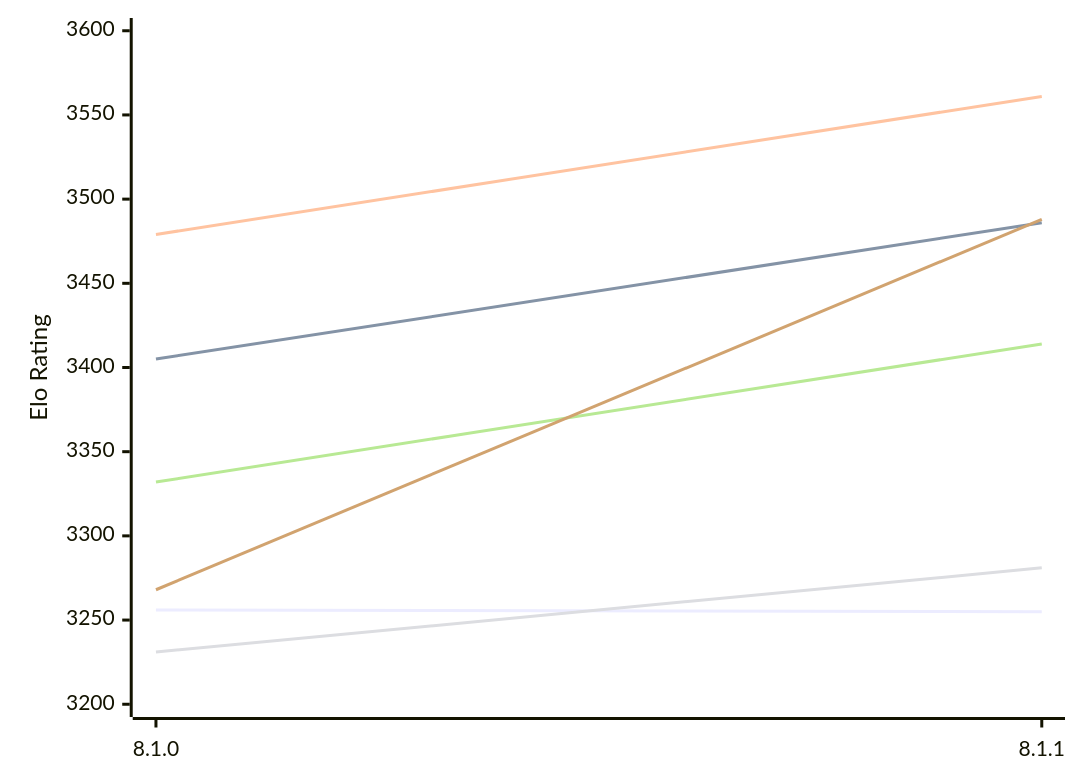
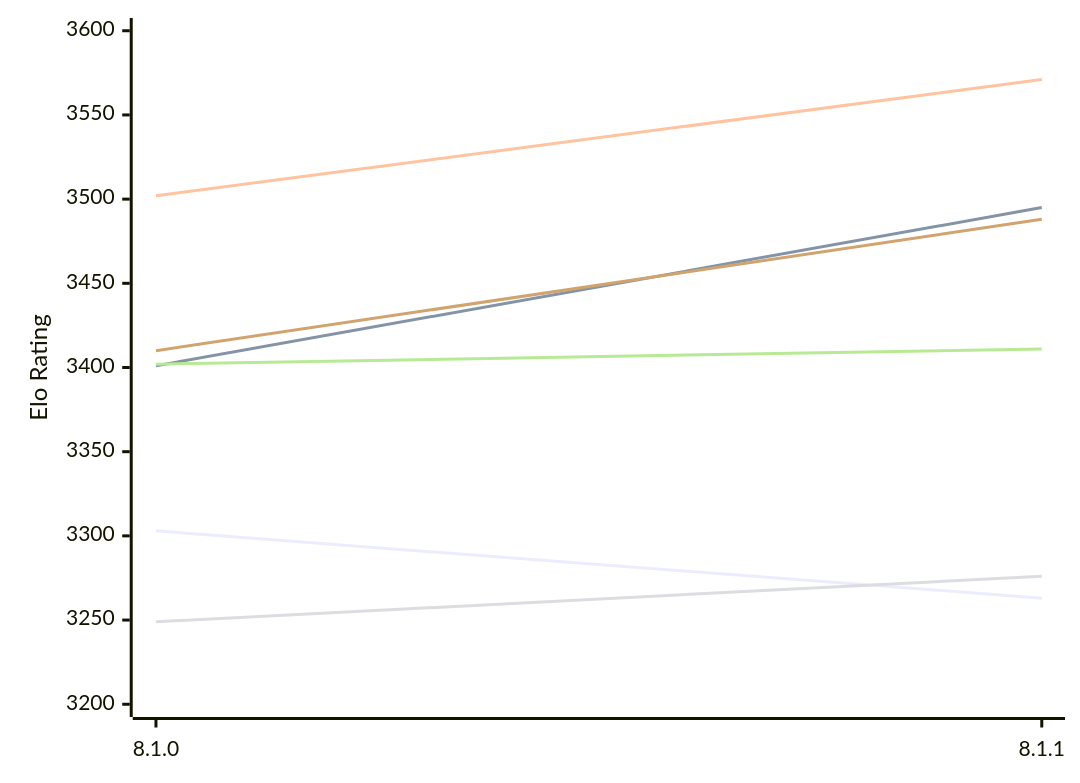
Before and after one commit to computer-chess-index/cci: the first of 2 diagrams in engines/Velvet.md, drawn with Mermaid. The commit also changed other lines of this file, not shown here.

Commit message:
Update CCI Ratings (ELO VLTC) - 2026-11-16

````diff
--- a/engines/Velvet.md
+++ b/engines/Velvet.md
@@ -51,12 +51,12 @@
 ```mermaid
 %%{init: {"theme":"base","themeVariables":{"seriesColors:['#a3a3a3','#222221','#faa371']}}}%%
 xychart-beta
   x-axis ["8.1.0", "8.1.1"]
   y-axis "Elo Rating" 3200 --> 3600
-  line "E1: STC (8.0+0.08s)" [3256, 3255]
-  line "E1: LTC (60.0+0.60s)" [3405, 3486]
-  line "E1: VLTC (2m24s+1.12s)" [3479, 3561]
-  line "P1: STC (8.0+0.08s)" [3231, 3281]
-  line "P1: LTC (60.0+0.60s)" [3332, 3414]
-  line "P1: VLTC (2m24s+1.12s)" [3268, 3488]
+  line "E1: STC (8.0+0.08s)" [3303, 3263]
+  line "E1: LTC (60.0+0.60s)" [3401, 3495]
+  line "E1: VLTC (2m24s+1.12s)" [3502, 3571]
+  line "P1: STC (8.0+0.08s)" [3249, 3276]
+  line "P1: LTC (60.0+0.60s)" [3402, 3411]
+  line "P1: VLTC (2m24s+1.12s)" [3410, 3488]
 ```
````
